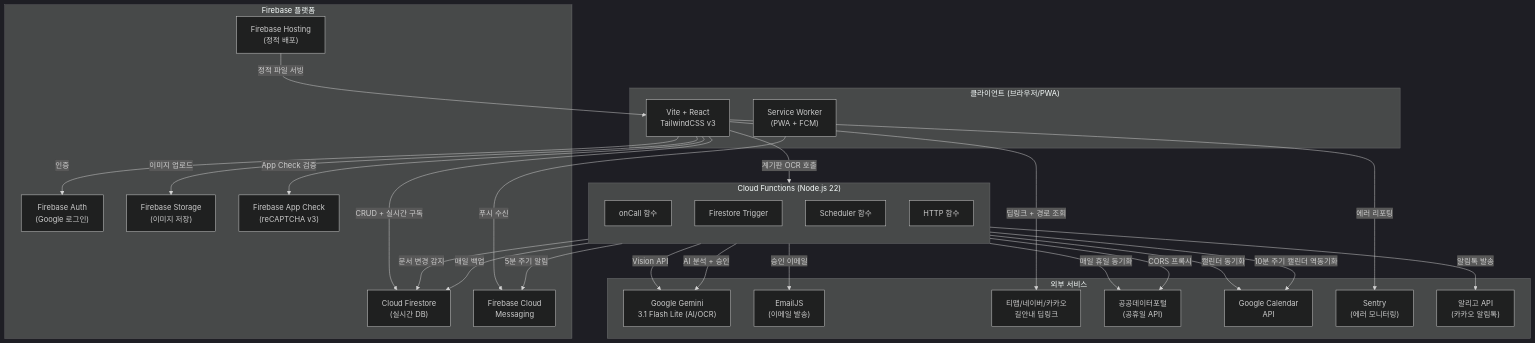
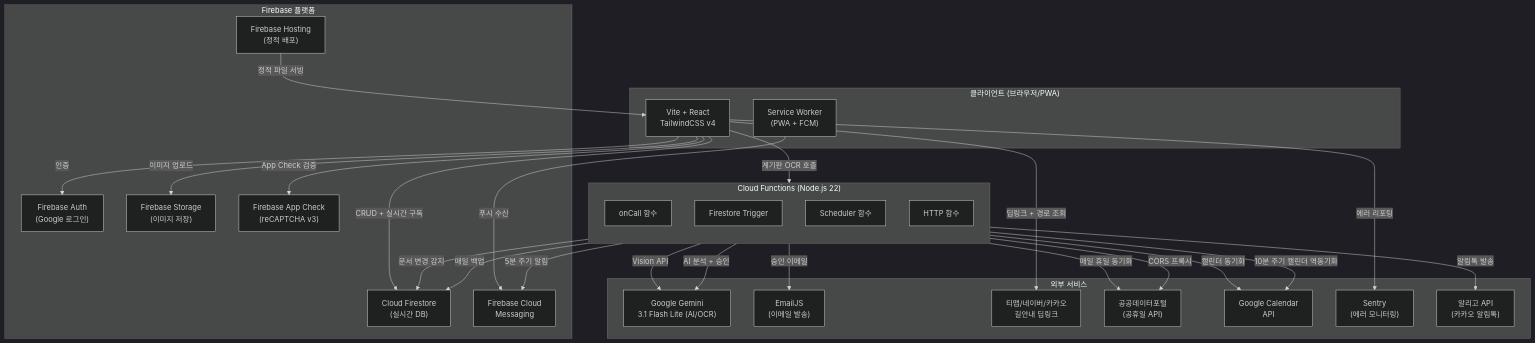
The first of 5 diagrams in docs/차량운행일지_구현계획서.md (dreamworker0/vehicle-drive-log), drawn with Mermaid (dark theme) before and after one commit. The commit also changed other lines of this file and 2 other files, not shown here.

First line of the commit message:
chore: tailwind v4 잔여 v3 표기 정리

````diff
--- a/docs/차량운행일지_구현계획서.md
+++ b/docs/차량운행일지_구현계획서.md
@@ -35,57 +35,57 @@
 ```mermaid
 graph TB
     subgraph Client["클라이언트 (브라우저/PWA)"]
-        FE["Vite + React<br/>TailwindCSS v3"]
+        FE["Vite + React<br/>TailwindCSS v4"]
         SW["Service Worker<br/>(PWA + FCM)"]
     end
 
     subgraph Firebase["Firebase 플랫폼"]
         AUTH["Firebase Auth<br/>(Google 로그인)"]
         FS["Cloud Firestore<br/>(실시간 DB)"]
         STORAGE["Firebase Storage<br/>(이미지 저장)"]
         HOSTING["Firebase Hosting<br/>(정적 배포)"]
         FCM["Firebase Cloud<br/>Messaging"]
         APPCHECK["Firebase App Check<br/>(reCAPTCHA v3)"]
     end
 
     subgraph CF["Cloud Functions (Node.js 22)"]
         direction TB
         CF_CALL["onCall 함수"]
         CF_TRIGGER["Firestore Trigger"]
         CF_SCHEDULE["Scheduler 함수"]
         CF_HTTP["HTTP 함수"]
     end
 
     subgraph External["외부 서비스"]
         GEMINI["Google Gemini<br/>3.1 Flash Lite (AI/OCR)"]
         EMAILJS["EmailJS<br/>(이메일 발송)"]
         TMAP["티맵/네이버/카카오<br/>길안내 딥링크"]
         HOLIDAY["공공데이터포털<br/>(공휴일 API)"]
         GCAL["Google Calendar<br/>API"]
         SENTRY["Sentry<br/>(에러 모니터링)"]
         ALIMTALK["알리고 API<br/>(카카오 알림톡)"]
     end
 
     FE -->|인증| AUTH
     FE -->|App Check 검증| APPCHECK
     FE -->|CRUD + 실시간 구독| FS
     FE -->|이미지 업로드| STORAGE
     FE -->|계기판 OCR 호출| CF_CALL
     FE -->|딥링크 + 경로 조회| TMAP
     FE -->|에러 리포팅| SENTRY
     SW -->|푸시 수신| FCM
 
     CF_CALL -->|Vision API| GEMINI
     CF_TRIGGER -->|문서 변경 감지| FS
     CF_TRIGGER -->|AI 분석 + 승인| GEMINI
     CF_TRIGGER -->|승인 이메일| EMAILJS
     CF_TRIGGER -->|캘린더 동기화| GCAL
     CF_SCHEDULE -->|5분 주기 알림| FCM
     CF_SCHEDULE -->|10분 주기 캘린더 역동기화| GCAL
     CF_SCHEDULE -->|매일 백업| FS
     CF_SCHEDULE -->|매일 휴일 동기화| HOLIDAY
     CF_HTTP -->|CORS 프록시| HOLIDAY
     CF_CALL -->|알림톡 발송| ALIMTALK
 
     HOSTING -->|정적 파일 서빙| FE
 ```
````
